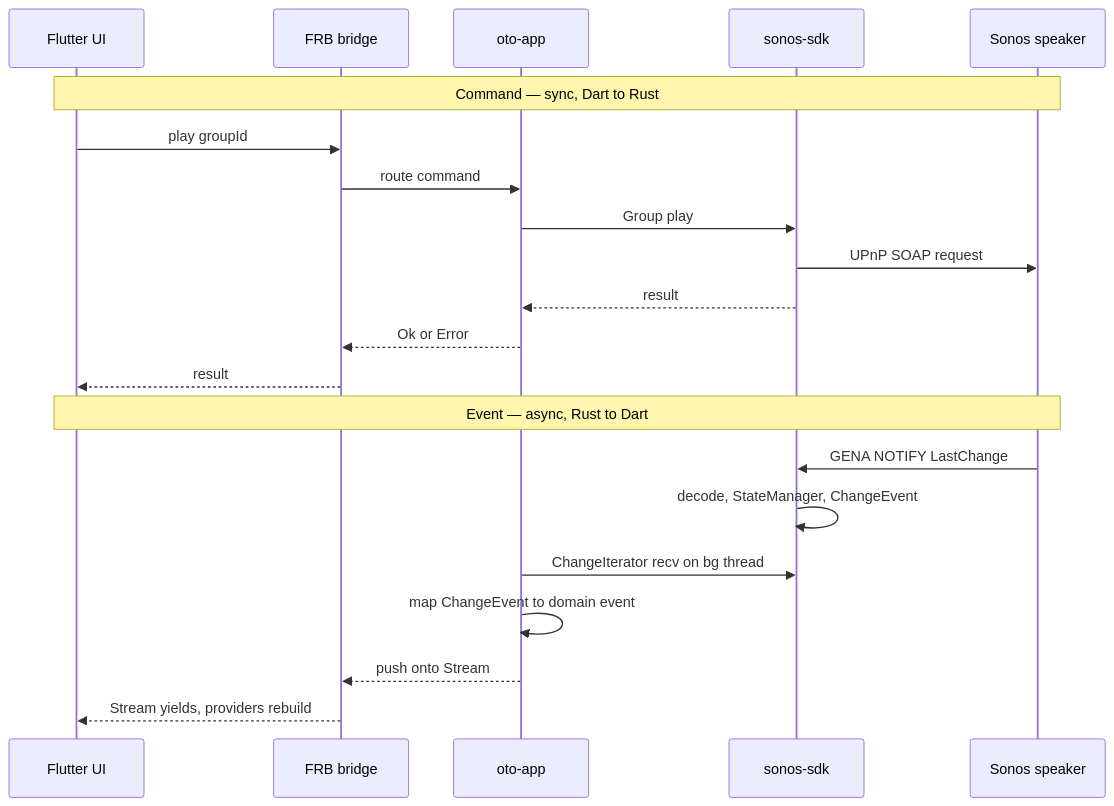
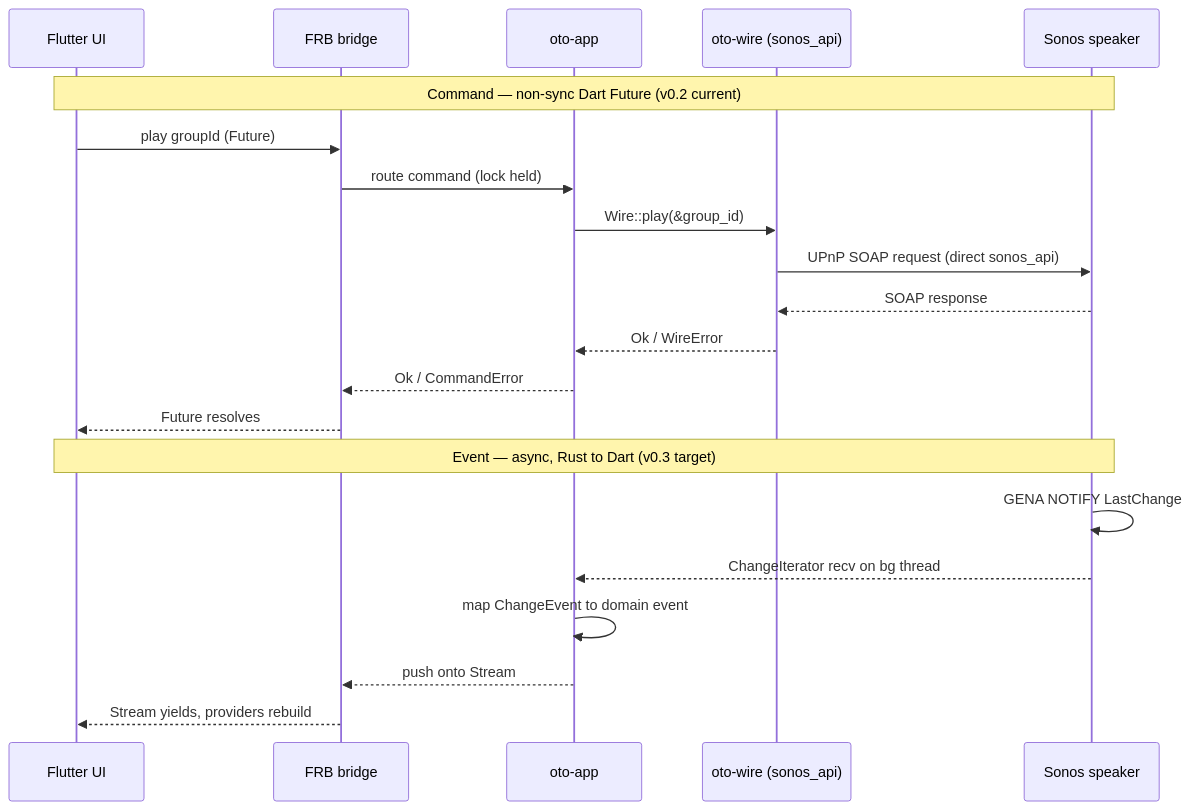
Before and after one commit to Oszkar/oto: the second of 2 diagrams in docs/ARCHITECTURE.md, drawn with Mermaid. The commit also changed other lines of this file and 25 other files, not shown here.

First line of the commit message:
feat(v0.2): FRB command surface + Dart + docs — completes v0.2 (#18)

````diff
--- a/docs/ARCHITECTURE.md
+++ b/docs/ARCHITECTURE.md
@@ -94,25 +133,25 @@
 ```mermaid
 sequenceDiagram
     participant U as Flutter UI
     participant B as FRB bridge
     participant A as oto-app
-    participant S as sonos-sdk
+    participant W as oto-wire (sonos_api)
     participant K as Sonos speaker
 
-    Note over U,K: Command — sync, Dart to Rust
-    U->>B: play groupId
-    B->>A: route command
-    A->>S: Group play
-    S->>K: UPnP SOAP request
-    S-->>A: result
-    A-->>B: Ok or Error
-    B-->>U: result
+    Note over U,K: Command — non-sync Dart Future (v0.2 current)
+    U->>B: play groupId (Future)
+    B->>A: route command (lock held)
+    A->>W: Wire::play(&group_id)
+    W->>K: UPnP SOAP request (direct sonos_api)
+    K-->>W: SOAP response
+    W-->>A: Ok / WireError
+    A-->>B: Ok / CommandError
+    B-->>U: Future resolves
 
-    Note over U,K: Event — async, Rust to Dart
-    K->>S: GENA NOTIFY LastChange
-    S->>S: decode, StateManager, ChangeEvent
-    A->>S: ChangeIterator recv on bg thread
+    Note over U,K: Event — async, Rust to Dart (v0.3 target)
+    K->>K: GENA NOTIFY LastChange
+    K-->>A: ChangeIterator recv on bg thread
     A->>A: map ChangeEvent to domain event
     A-->>B: push onto Stream
     B-->>U: Stream yields, providers rebuild
 ```
````
